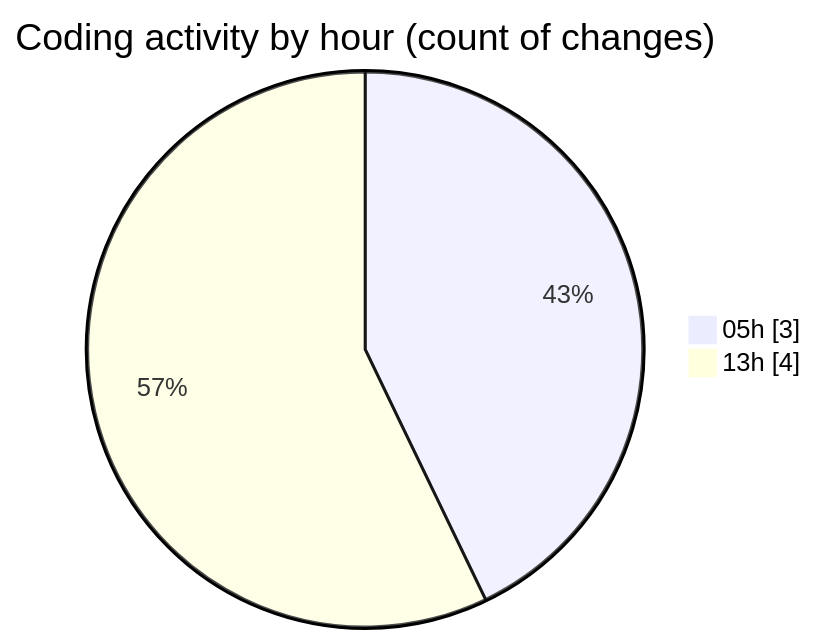
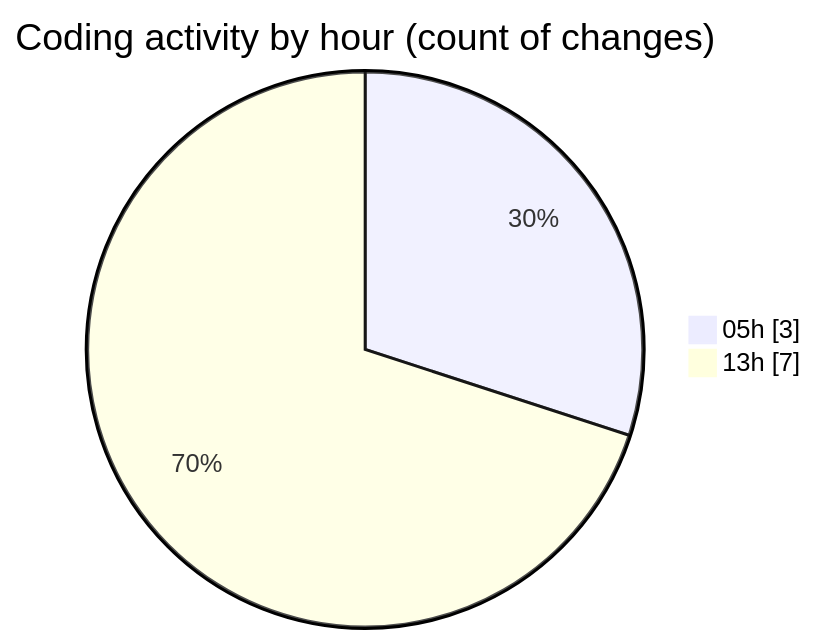
Before and after one commit to shibass792/code-tracking: the second of 2 diagrams in 2026-07-11/untitled__workspace_/README.md, drawn with Mermaid. The commit also changed other lines of this file and 1 other file, not shown here.

````diff
--- a/2026-07-11/untitled__workspace_/README.md
+++ b/2026-07-11/untitled__workspace_/README.md
@@ -28,6 +28,6 @@
 ```mermaid
 pie showData
 title Coding activity by hour (count of changes)
 "05h" : 3
-"13h" : 4
+"13h" : 7
 ```
````
